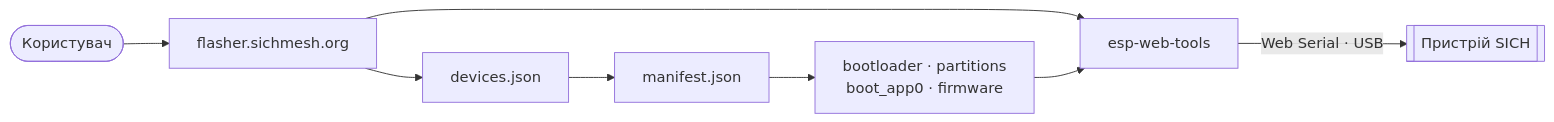
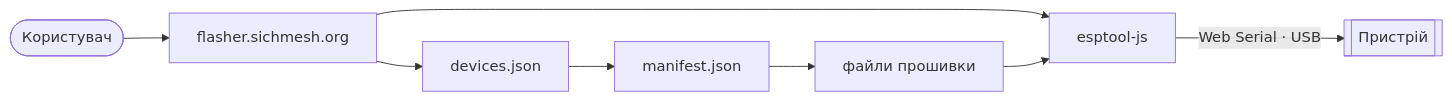
One commit to sichmesh/web-flasher changed the diagram in README.uk.md. Above: the diagram before and after it, drawn with Mermaid. The commit also changed other lines of this file and 18 other files, not shown here.

Commit message:
Redesign the web flasher: device catalogue, flash dialog, esptool-js

````diff
--- a/README.uk.md
+++ b/README.uk.md
@@ -97,10 +102,10 @@
 ```mermaid
 flowchart LR
     U([Користувач]) --> F["flasher.sichmesh.org"]
     F --> J["devices.json"]
     J --> M["manifest.json"]
-    M --> B["bootloader · partitions<br/>boot_app0 · firmware"]
-    F --> W["esp-web-tools"]
-    B --> W
-    W -- "Web Serial · USB" --> D[["Пристрій SICH"]]
+    M --> B["файли прошивки"]
+    F --> E["esptool-js"]
+    B --> E
+    E -- "Web Serial · USB" --> D[["Пристрій"]]
 ```
````
